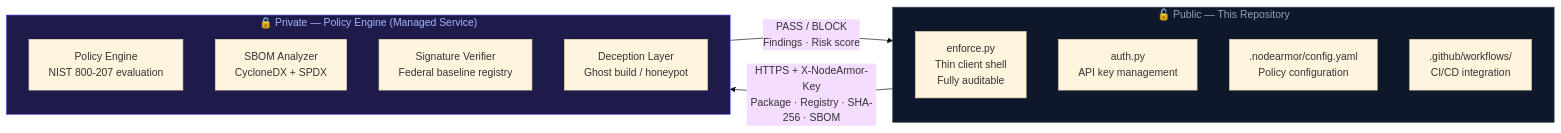
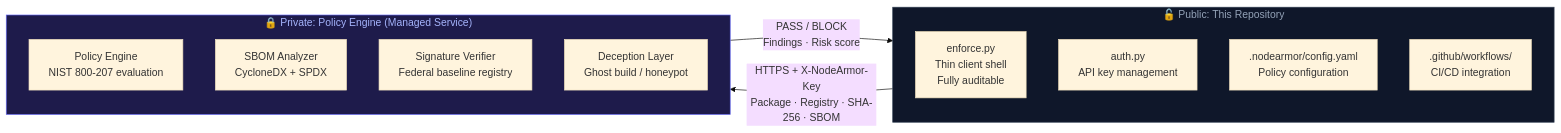
One commit to saisravan909/nodearmor changed the second of 4 diagrams in README.md. Above: the diagram before and after it, drawn with Mermaid (base theme). The commit also changed other lines of this file, not shown here.

````diff
--- a/README.md
+++ b/README.md
@@ -115,24 +115,24 @@
 ```mermaid
 graph LR
-    subgraph PUBLIC["🔓 Public — This Repository"]
+    subgraph PUBLIC["🔓 Public: This Repository"]
         direction TB
         EP["enforce.py\nThin client shell\nFully auditable"]
         AP["auth.py\nAPI key management"]
         CF[".nodearmor/config.yaml\nPolicy configuration"]
         GH[".github/workflows/\nCI/CD integration"]
     end
 
-    subgraph ENGINE["🔒 Private — Policy Engine (Managed Service)"]
+    subgraph ENGINE["🔒 Private: Policy Engine (Managed Service)"]
         direction TB
         PE["Policy Engine\nNIST 800-207 evaluation"]
         SA["SBOM Analyzer\nCycloneDX + SPDX"]
         SV["Signature Verifier\nFederal baseline registry"]
         DL["Deception Layer\nGhost build / honeypot"]
     end
 
     PUBLIC -->|"HTTPS + X-NodeArmor-Key\nPackage · Registry · SHA-256 · SBOM"| ENGINE
     ENGINE -->|"PASS / BLOCK\nFindings · Risk score"| PUBLIC
 
     style PUBLIC fill:#0f172a,color:#94a3b8,stroke:#334155
     style ENGINE fill:#1e1b4b,color:#a5b4fc,stroke:#6366f1
 ```
````
